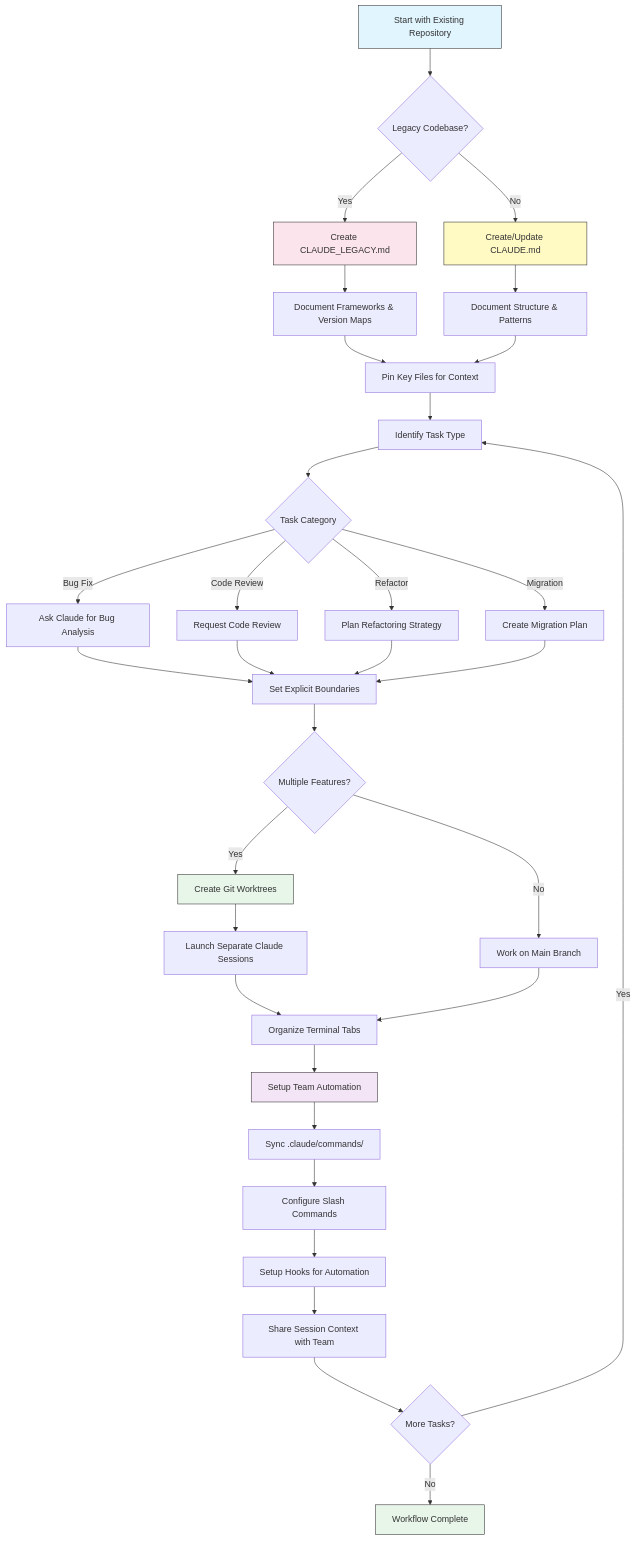
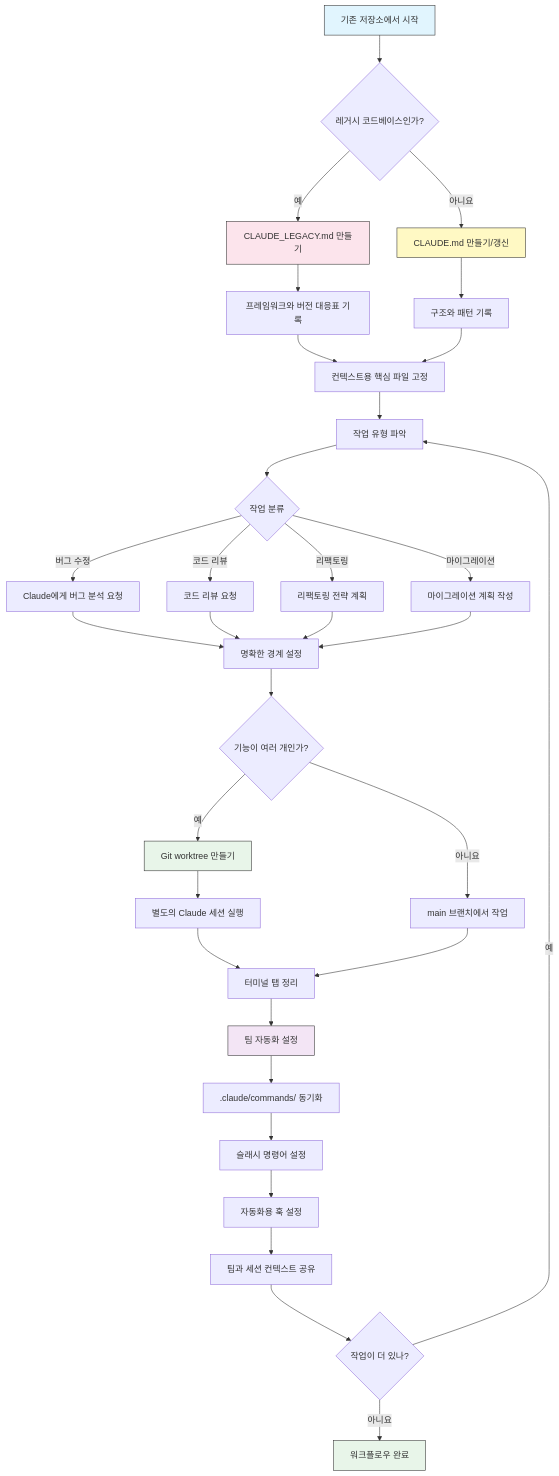
Before and after one commit to KIMDONGWHEE99/howkorean: the second of 2 diagrams in resources.md, drawn with Mermaid. The commit also changed other lines of this file, not shown here.

````diff
--- a/resources.md
+++ b/resources.md
@@ -175,46 +175,46 @@
 ```mermaid
 graph TD
-    A[Start with Existing Repository] --> B{Legacy Codebase?}
-    B -->|Yes| C[Create CLAUDE_LEGACY.md]
-    B -->|No| D[Create/Update CLAUDE.md]
-    C --> E[Document Frameworks & Version Maps]
-    D --> F[Document Structure & Patterns]
-    E --> G[Pin Key Files for Context]
+    A["기존 저장소에서 시작"] --> B{"레거시 코드베이스인가?"}
+    B -->|예| C["CLAUDE_LEGACY.md 만들기"]
+    B -->|아니요| D["CLAUDE.md 만들기/갱신"]
+    C --> E["프레임워크와 버전 대응표 기록"]
+    D --> F["구조와 패턴 기록"]
+    E --> G["컨텍스트용 핵심 파일 고정"]
     F --> G
 
-    G --> H[Identify Task Type]
-    H --> I{Task Category}
-    I -->|Bug Fix| J[Ask Claude for Bug Analysis]
-    I -->|Code Review| K[Request Code Review]
-    I -->|Refactor| L[Plan Refactoring Strategy]
-    I -->|Migration| M[Create Migration Plan]
+    G --> H["작업 유형 파악"]
+    H --> I{"작업 분류"}
+    I -->|버그 수정| J["Claude에게 버그 분석 요청"]
+    I -->|코드 리뷰| K["코드 리뷰 요청"]
+    I -->|리팩토링| L["리팩토링 전략 계획"]
+    I -->|마이그레이션| M["마이그레이션 계획 작성"]
 
-    J --> N[Set Explicit Boundaries]
+    J --> N["명확한 경계 설정"]
     K --> N
     L --> N
     M --> N
 
-    N --> O{Multiple Features?}
-    O -->|Yes| P[Create Git Worktrees]
-    O -->|No| Q[Work on Main Branch]
-    P --> R[Launch Separate Claude Sessions]
-    R --> S[Organize Terminal Tabs]
+    N --> O{"기능이 여러 개인가?"}
+    O -->|예| P["Git worktree 만들기"]
+    O -->|아니요| Q["main 브랜치에서 작업"]
+    P --> R["별도의 Claude 세션 실행"]
+    R --> S["터미널 탭 정리"]
     Q --> S
 
-    S --> T[Setup Team Automation]
-    T --> U[Sync .claude/commands/]
-    U --> V[Configure Slash Commands]
-    V --> W[Setup Hooks for Automation]
-    W --> X[Share Session Context with Team]
+    S --> T["팀 자동화 설정"]
+    T --> U[".claude/commands/ 동기화"]
+    U --> V["슬래시 명령어 설정"]
+    V --> W["자동화용 훅 설정"]
+    W --> X["팀과 세션 컨텍스트 공유"]
 
-    X --> Y{More Tasks?}
-    Y -->|Yes| H
-    Y -->|No| Z[Workflow Complete]
+    X --> Y{"작업이 더 있나?"}
+    Y -->|예| H
+    Y -->|아니요| Z["워크플로우 완료"]
 
     style A fill:#e1f5fe,stroke:#333,color:#333
     style C fill:#fce4ec,stroke:#333,color:#333
     style D fill:#fff9c4,stroke:#333,color:#333
     style P fill:#e8f5e9,stroke:#333,color:#333
     style T fill:#f3e5f5,stroke:#333,color:#333
     style Z fill:#e8f5e9,stroke:#333,color:#333
 ```
````
